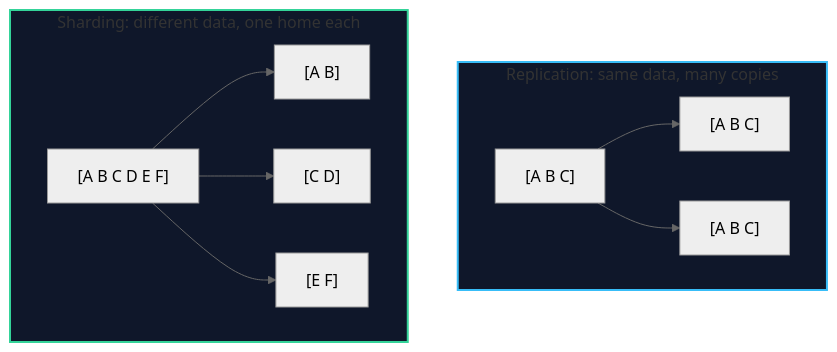
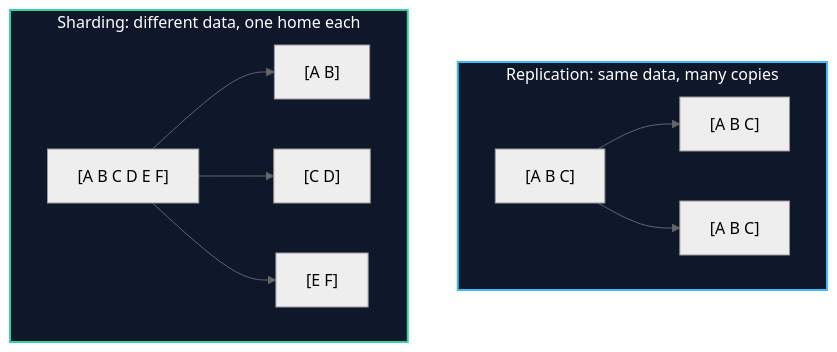
The first of 2 diagrams in content/docs/databases-sql/04-distributed-data-and-nosql/02-partitioning-and-sharding.mdx (1345AbhishekKumar/cs-cookbook), drawn with Mermaid (neutral theme) before and after one commit. The commit also changed other lines of this file and 80 other files, not shown here.

````diff
--- a/content/docs/databases-sql/04-distributed-data-and-nosql/02-partitioning-and-sharding.mdx
+++ b/content/docs/databases-sql/04-distributed-data-and-nosql/02-partitioning-and-sharding.mdx
@@ -18,17 +18,17 @@
 ```mermaid
 flowchart TD
     subgraph Repl["Replication: same data, many copies"]
         direction LR
         A["[A B C]"] --> A1["[A B C]"]
         A --> A2["[A B C]"]
     end
     subgraph Shard["Sharding: different data, one home each"]
         direction LR
         B["[A B C D E F]"] --> B1["[A B]"]
         B --> B2["[C D]"]
         B --> B3["[E F]"]
     end
 
-    style Repl fill:#0f172a,stroke:#38bdf8,stroke-width:2px
-    style Shard fill:#0f172a,stroke:#34d399,stroke-width:2px
+    style Repl fill:#0f172a,stroke:#38bdf8,stroke-width:2px,color:#ffffff
+    style Shard fill:#0f172a,stroke:#34d399,stroke-width:2px,color:#ffffff
 ```
````
